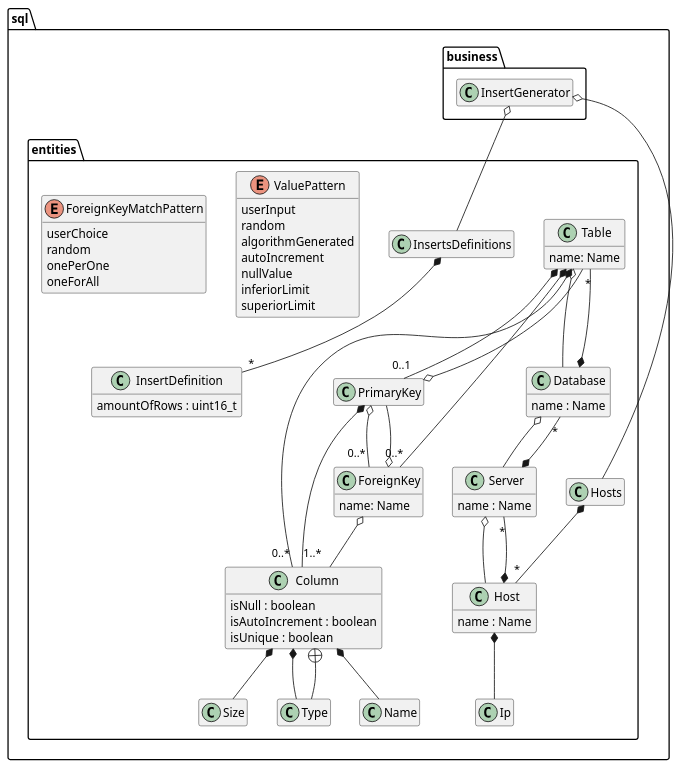
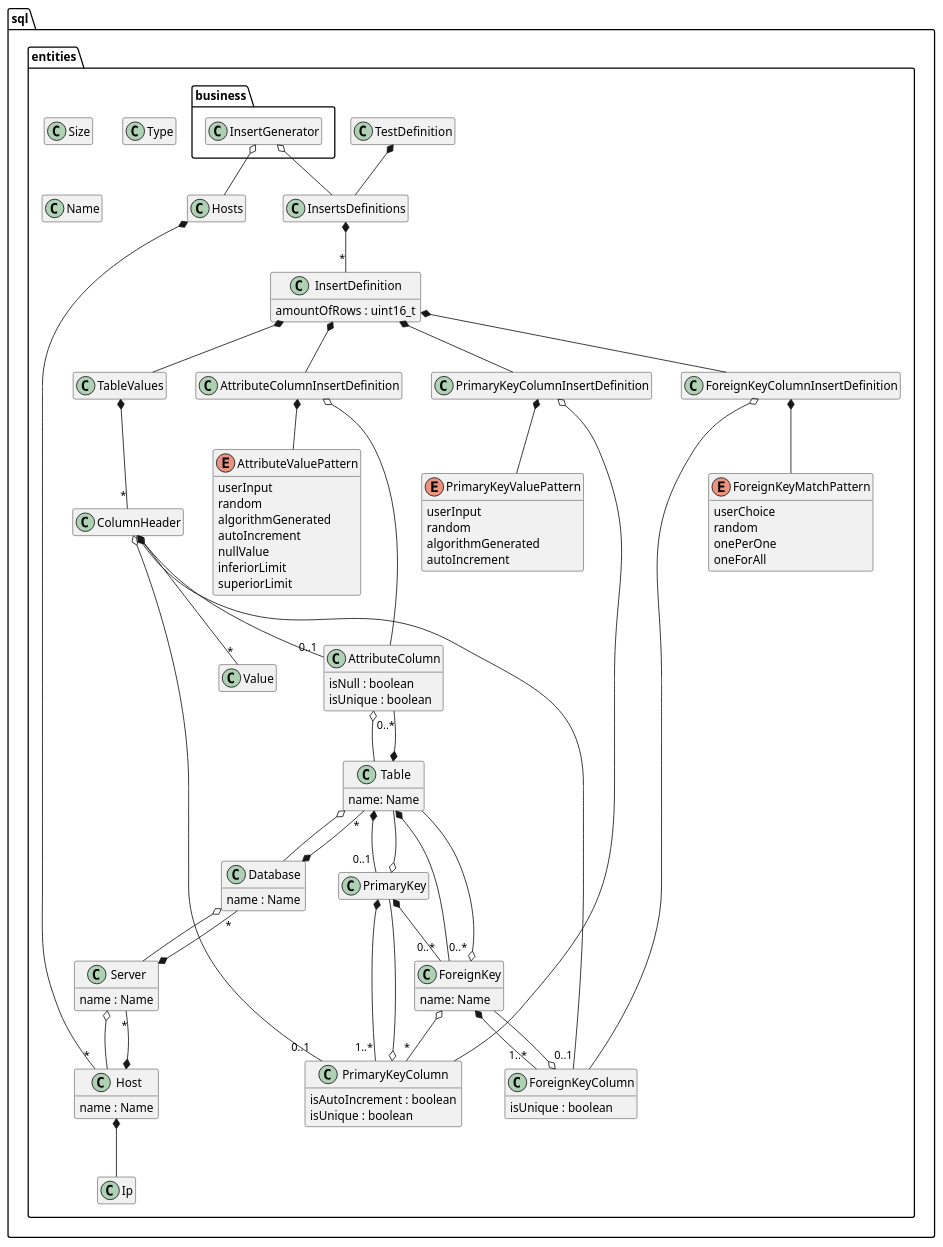
Before and after one commit to rodrigocanellas/tenacitas: the diagram in code/sql/documents/sql_1.plantuml, drawn with PlantUML. The commit also changed 1 other file, not shown here.

Commit message:
two strucures to generate 'insert': decide which will be used

```diff
--- a/code/sql/documents/sql_1.plantuml
+++ b/code/sql/documents/sql_1.plantuml
@@ -1,104 +1,158 @@
 @startuml
 
 hide empty members
 allow_mixing
 ' left to right direction
-
 
 namespace  sql {
 
 namespace entities {
 class Size
 class Type
 class Name
-class Column  {
+
+class AttributeColumn  {
 	isNull : boolean
+	isUnique : boolean
+}
+
+class PrimaryKeyColumn  {
 	isAutoIncrement : boolean
+	isUnique : boolean
+}
+
+class ForeignKeyColumn  {
 	isUnique : boolean
 }
 
 class Table  {
 	name: Name
 }
 
 class PrimaryKey 
 
 class ForeignKey  {
 	name: Name
 }
 
 class Database {
 	name : Name
 }
 class Ip
 class Host {
 	name : Name
 }
 class Server {
 	name : Name
 }
 
 class InsertsDefinitions 
 
 class InsertDefinition {
 	amountOfRows : uint16_t
 }
+class AttributeColumnInsertDefinition
+class ForeignKeyColumnInsertDefinition
+class PrimaryKeyColumnInsertDefinition
 
-enum ValuePattern {
+enum AttributeValuePattern {
 	userInput
 	random
 	algorithmGenerated
 	autoIncrement
 	nullValue
 	inferiorLimit
 	superiorLimit 
 }
 
+enum PrimaryKeyValuePattern {
+	userInput
+	random
+	algorithmGenerated
+	autoIncrement	 
+}
+
 enum ForeignKeyMatchPattern {
 	userChoice
 	random
 	onePerOne
 	oneForAll
 }
 
-Table  *-- "0..*" Column 
+class TableValues
+class ColumnHeader
+class TestDefinition
+
+
+TestDefinition *-- InsertsDefinitions
+
+TableValues *-- "*"  ColumnHeader
+
+Table  *-- "0..*" AttributeColumn 
 Table  *-- "0..1" PrimaryKey 
 Table  *-- "0..*" ForeignKey 
 Table o-- Database
 
+AttributeColumn o-- Table
+
 PrimaryKey   o-- Table 
-PrimaryKey  *-- "1..*" Column 
-PrimaryKey  o-- "0..*" ForeignKey 
+PrimaryKey  *-- "1..*" PrimaryKeyColumn 
+PrimaryKey  *-- "0..*" ForeignKey 
 
-Column  *-- Type
-Column  +-- Type
-Column  *-- Size
-Column  *-- Name
+PrimaryKeyColumn o-- PrimaryKey
 
-ForeignKey  o-- Column 
-ForeignKey  o-- PrimaryKey 
+'Column  *-- Type
+'Column  +-- Type
+'Column  *-- Size
+'Column  *-- Name
+
+ForeignKey  *-- "1..*" ForeignKeyColumn 
+ForeignKey  o-- "*" PrimaryKeyColumn 
+ForeignKey o-- Table
+
+ForeignKeyColumn o-- ForeignKey
 
 Database *-- "*" Table
 Host *-- "*" Server
 Host *-- Ip
 Server *-- "*" Database
 
 Database o-- Server
 
 Server o-- Host
 
 Hosts *-- "*" Host
 
 InsertsDefinitions *-- "*" InsertDefinition
-}
+
+InsertDefinition *-- TableValues
+
+ColumnHeader *--  "*" Value
+ColumnHeader o-- "0..1" ForeignKeyColumn
+ColumnHeader o-- "0..1" PrimaryKeyColumn
+ColumnHeader o-- "0..1" AttributeColumn
+
+AttributeColumnInsertDefinition *-- AttributeValuePattern
+PrimaryKeyColumnInsertDefinition *-- PrimaryKeyValuePattern
+ForeignKeyColumnInsertDefinition *-- ForeignKeyMatchPattern
+
+AttributeColumnInsertDefinition o-- AttributeColumn 
+ForeignKeyColumnInsertDefinition o-- ForeignKeyColumn
+PrimaryKeyColumnInsertDefinition o-- PrimaryKeyColumn
+
+InsertDefinition *-- AttributeColumnInsertDefinition
+InsertDefinition *-- ForeignKeyColumnInsertDefinition
+InsertDefinition *-- PrimaryKeyColumnInsertDefinition
+
+
 
 namespace business {
 class InsertGenerator
 
 InsertGenerator o-- sql.entities.InsertsDefinitions
 InsertGenerator o-- sql.entities.Hosts
 }
 }
 
 
 @enduml
```
